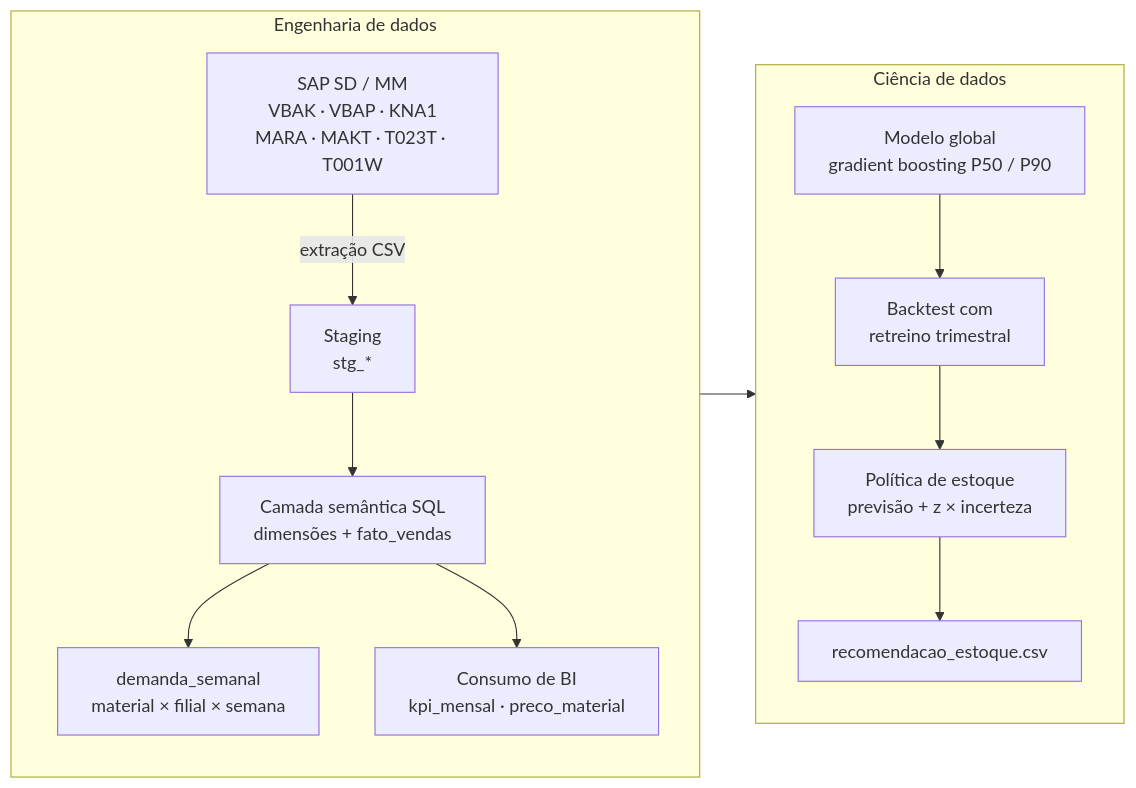
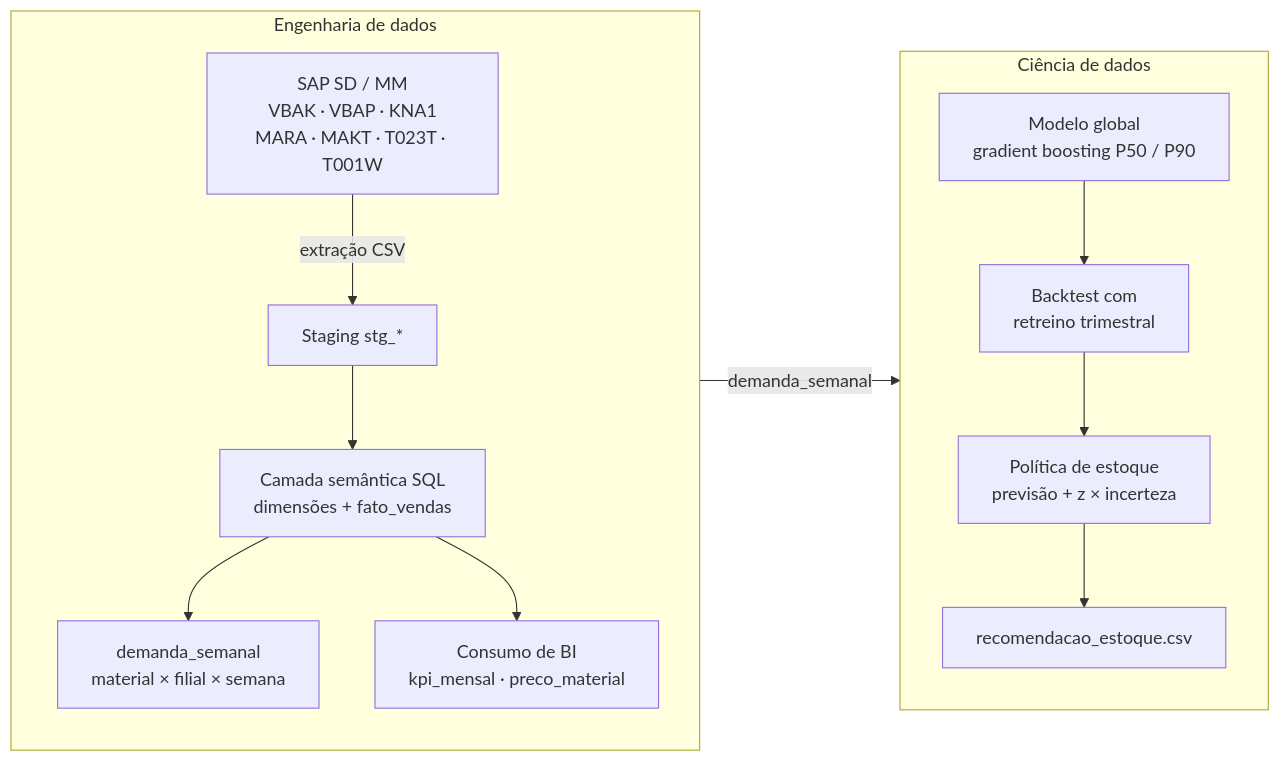
One commit to Pessoa1998/previsao-demanda-agro changed the diagram in README.md. Above: the diagram before and after it, drawn with Mermaid. The commit also changed 1 other file, not shown here.

Commit message:
docs: diagrama de arquitetura mais legível e notebook fora das estatísticas de linguagem

````diff
--- a/README.md
+++ b/README.md
@@ -45,17 +45,17 @@
 ```mermaid
 flowchart LR
     subgraph eng["Engenharia de dados"]
         direction TB
-        A["SAP SD / MM<br/>VBAK · VBAP · KNA1<br/>MARA · MAKT · T023T · T001W"] -->|extração CSV| B["Staging<br/>stg_*"]
+        A["SAP SD / MM<br/>VBAK · VBAP · KNA1<br/>MARA · MAKT · T023T · T001W"] -->|extração CSV| B["Staging stg_*"]
         B --> C["Camada semântica SQL<br/>dimensões + fato_vendas"]
         C --> D["demanda_semanal<br/>material × filial × semana"]
         C --> E["Consumo de BI<br/>kpi_mensal · preco_material"]
     end
     subgraph ds["Ciência de dados"]
         direction TB
         F["Modelo global<br/>gradient boosting P50 / P90"] --> G["Backtest com<br/>retreino trimestral"]
         G --> H["Política de estoque<br/>previsão + z × incerteza"]
         H --> I["recomendacao_estoque.csv"]
     end
-    D --> F
+    eng -->|demanda_semanal| ds
 ```
````
